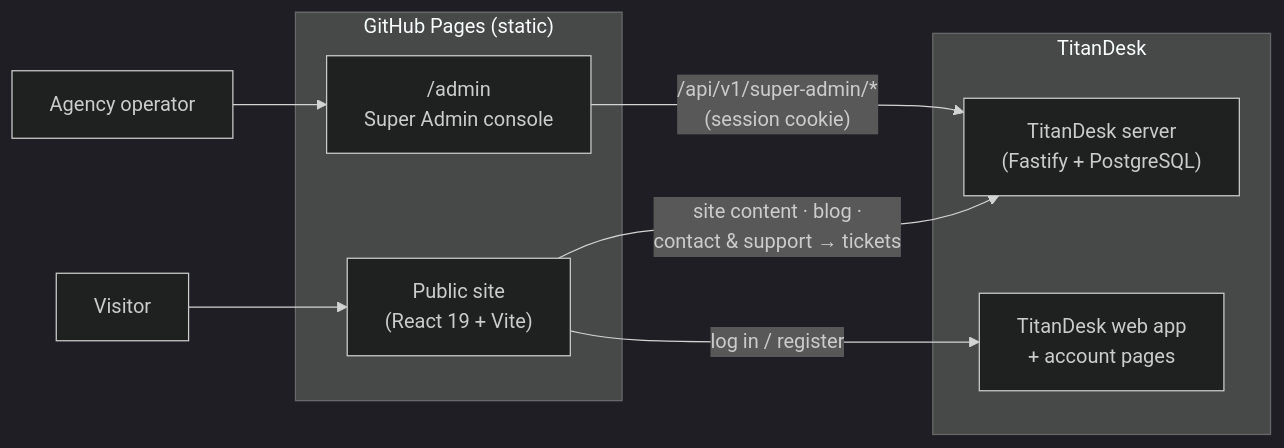
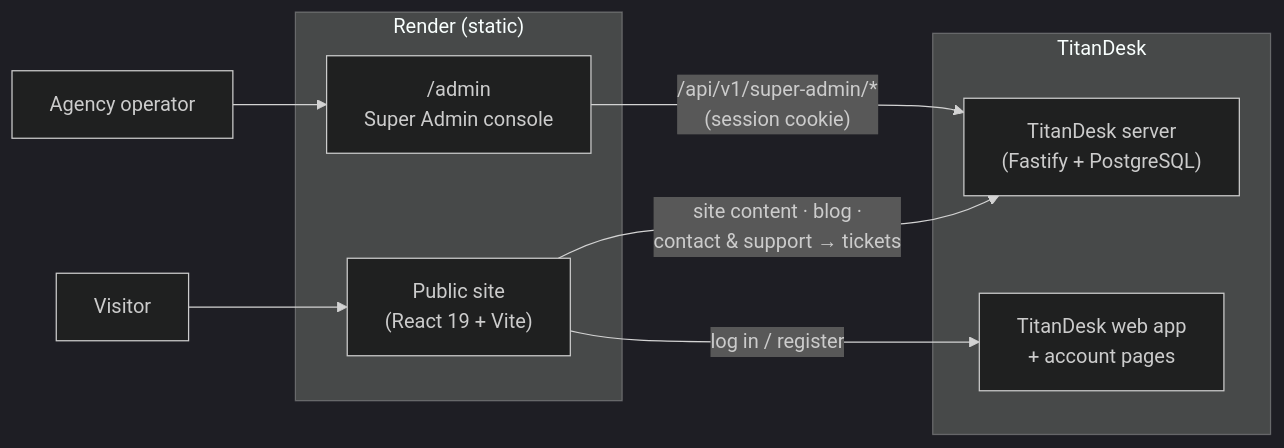
One commit to ErdrinPervizaj-EP/titan-agency changed the diagram in README.md. Above: the diagram before and after it, drawn with Mermaid (dark theme). The commit also changed other lines of this file and 116 other files, not shown here.

````diff
--- a/README.md
+++ b/README.md
@@ -86,19 +86,19 @@
 ```mermaid
 flowchart LR
     V["Visitor"] --> SITE
     OP["Agency operator"] --> ADMIN
 
-    subgraph Pages["GitHub Pages (static)"]
+    subgraph Pages["Render (static)"]
         SITE["Public site<br/>(React 19 + Vite)"]
         ADMIN["/admin<br/>Super Admin console"]
     end
 
     subgraph Product["TitanDesk"]
         SRV["TitanDesk server<br/>(Fastify + PostgreSQL)"]
         APP["TitanDesk web app<br/>+ account pages"]
     end
 
     SITE -- "site content · blog ·<br/>contact & support → tickets" --> SRV
     ADMIN -- "/api/v1/super-admin/*<br/>(session cookie)" --> SRV
     SITE -- "log in / register" --> APP
 ```
````
